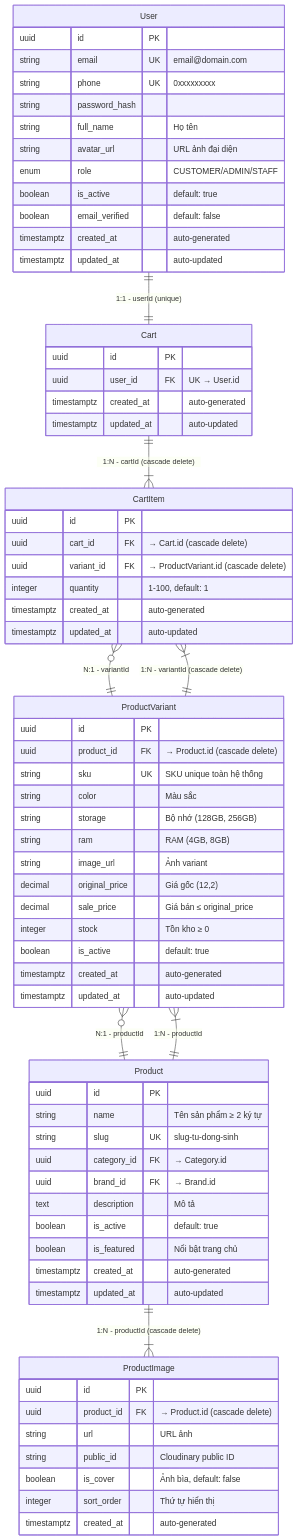
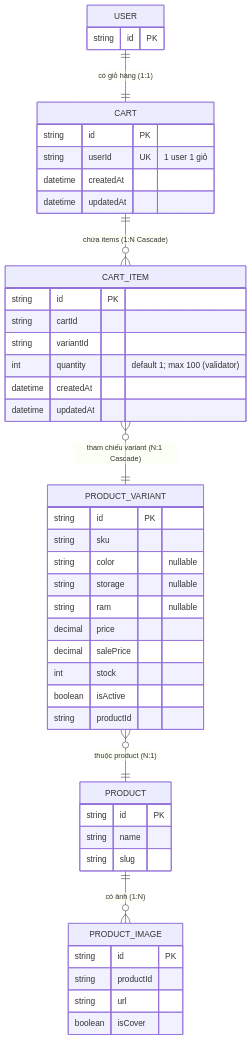
The diagram in docs/Cart/ERD.md (phamvinh203/mobivexa), drawn with Mermaid before and after one commit. The commit also changed other lines of this file and 79 other files, not shown here.

Commit message:
📜 Add documentation for Inventory and Favorite modules including Use Cases, API Specifications, and Activity Diagrams

````diff
--- a/docs/Cart/ERD.md
+++ b/docs/Cart/ERD.md
@@ -13,79 +11,54 @@
 ```mermaid
 erDiagram
-    User ||--|| Cart : "1:1 - userId (unique)"
-    Cart ||--|{ CartItem : "1:N - cartId (cascade delete)"
-    ProductVariant ||--|{ CartItem : "1:N - variantId (cascade delete)"
-    Product ||--|{ ProductVariant : "1:N - productId"
-    Product ||--|{ ProductImage : "1:N - productId (cascade delete)"
-    ProductVariant }o--|| Product : "N:1 - productId"
-    CartItem }o--|| ProductVariant : "N:1 - variantId"
-    
-    User {
-        uuid id PK
-        string email UK "email@domain.com"
-        string phone UK "0xxxxxxxxx"
-        string password_hash
-        string full_name "Họ tên"
-        string avatar_url "URL ảnh đại diện"
-        enum role "CUSTOMER/ADMIN/STAFF"
-        boolean is_active "default: true"
-        boolean email_verified "default: false"
-        timestamptz created_at "auto-generated"
-        timestamptz updated_at "auto-updated"
+    USER {
+        string id PK
     }
 
-    Cart {
-        uuid id PK
-        uuid user_id FK "UK → User.id"
-        timestamptz created_at "auto-generated"
-        timestamptz updated_at "auto-updated"
+    CART {
+        string   id        PK
+        string   userId    UK "1 user 1 giỏ"
+        datetime createdAt
+        datetime updatedAt
     }
 
-    CartItem {
-        uuid id PK
-        uuid cart_id FK "→ Cart.id (cascade delete)"
-        uuid variant_id FK "→ ProductVariant.id (cascade delete)"
-        integer quantity "1-100, default: 1"
-        timestamptz created_at "auto-generated"
-        timestamptz updated_at "auto-updated"
+    CART_ITEM {
+        string   id        PK
+        string   cartId
+        string   variantId
+        int      quantity  "default 1; max 100 (validator)"
+        datetime createdAt
+        datetime updatedAt
     }
 
-    ProductVariant {
-        uuid id PK
-        uuid product_id FK "→ Product.id (cascade delete)"
-        string sku UK "SKU unique toàn hệ thống"
-        string color "Màu sắc"
-        string storage "Bộ nhớ (128GB, 256GB)"
-        string ram "RAM (4GB, 8GB)"
-        string image_url "Ảnh variant"
-        decimal original_price "Giá gốc (12,2)"
-        decimal sale_price "Giá bán ≤ original_price"
-        integer stock "Tồn kho ≥ 0"
-        boolean is_active "default: true"
-        timestamptz created_at "auto-generated"
-        timestamptz updated_at "auto-updated"
+    PRODUCT_VARIANT {
+        string  id       PK
+        string  sku
+        string  color    "nullable"
+        string  storage  "nullable"
+        string  ram      "nullable"
+        decimal price
+        decimal salePrice
+        int     stock
+        boolean isActive
+        string  productId
     }
 
-    Product {
-        uuid id PK
-        string name "Tên sản phẩm ≥ 2 ký tự"
-        string slug UK "slug-tu-dong-sinh"
-        uuid category_id FK "→ Category.id"
-        uuid brand_id FK "→ Brand.id"
-        text description "Mô tả"
-        boolean is_active "default: true"
-        boolean is_featured "Nổi bật trang chủ"
-        timestamptz created_at "auto-generated"
-        timestamptz updated_at "auto-updated"
+    PRODUCT {
+        string  id   PK
+        string  name
+        string  slug
     }
 
-    ProductImage {
-        uuid id PK
-        uuid product_id FK "→ Product.id (cascade delete)"
-        string url "URL ảnh"
-        string public_id "Cloudinary public ID"
-        boolean is_cover "Ảnh bìa, default: false"
-        integer sort_order "Thứ tự hiển thị"
-        timestamptz created_at "auto-generated"
+    PRODUCT_IMAGE {
+        string  id        PK
+        string  productId
+        string  url
+        boolean isCover
     }
+
+    USER             ||--|| CART          : "có giỏ hàng (1:1)"
+    CART             ||--o{ CART_ITEM     : "chứa items (1:N Cascade)"
+    CART_ITEM        }o--|| PRODUCT_VARIANT : "tham chiếu variant (N:1 Cascade)"
+    PRODUCT_VARIANT  }o--|| PRODUCT        : "thuộc product (N:1)"
+    PRODUCT          ||--o{ PRODUCT_IMAGE  : "có ảnh (1:N)"
 ```
````
